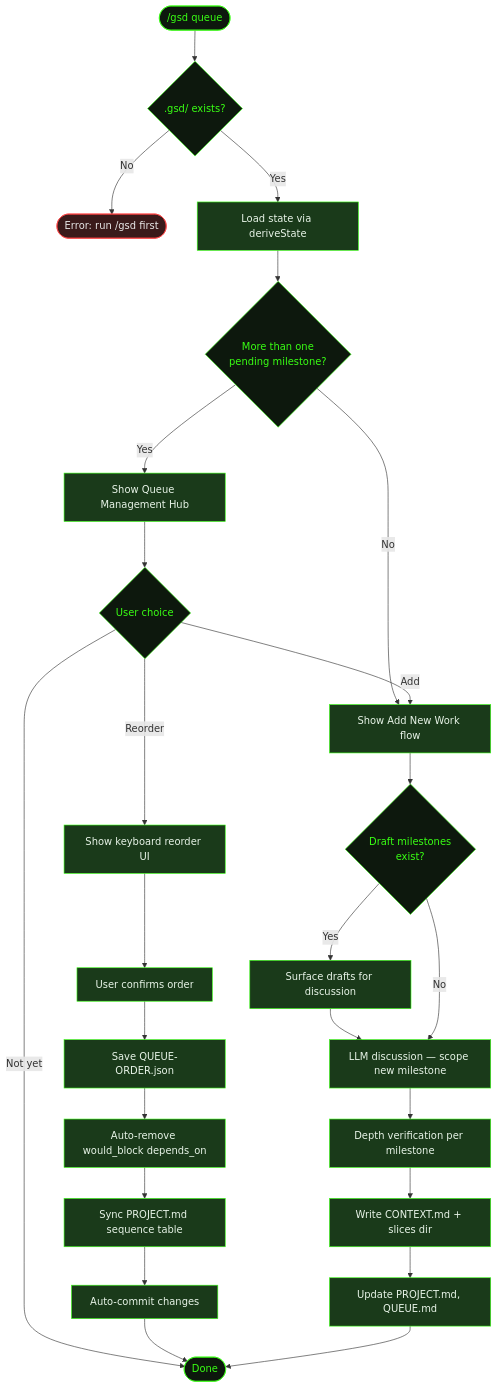
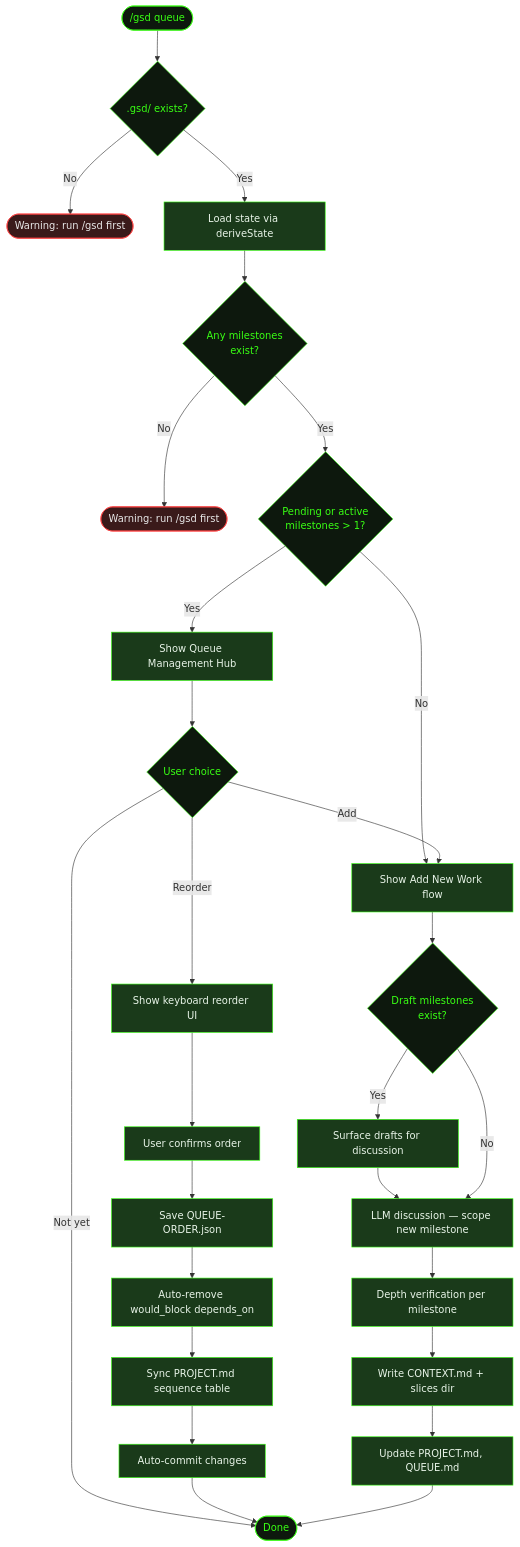
One commit to shusha-group/gsd2-guide changed the diagram in src/content/docs/commands/queue.mdx. Above: the diagram before and after it, drawn with Mermaid. The commit also changed other lines of this file and 33 other files, not shown here.

````diff
--- a/src/content/docs/commands/queue.mdx
+++ b/src/content/docs/commands/queue.mdx
@@ -24,49 +24,53 @@
 ```mermaid
 flowchart TD
     Start(["/gsd queue"]) --> Check{.gsd/ exists?}
-    Check -->|No| Fail([Error: run /gsd first])
+    Check -->|No| Fail([Warning: run /gsd first])
     Check -->|Yes| Load[Load state via deriveState]
-    Load --> Count{More than one\npending milestone?}
+    Load --> Milestones{Any milestones\nexist?}
+    Milestones -->|No| FailM([Warning: run /gsd first])
+    Milestones -->|Yes| Count{Pending or active\nmilestones > 1?}
     Count -->|Yes| Hub[Show Queue Management Hub]
     Count -->|No| Add[Show Add New Work flow]
     Hub --> Choice{User choice}
     Choice -->|Reorder| Reorder[Show keyboard reorder UI]
     Choice -->|Add| Add
     Choice -->|Not yet| Done([Done])
     Reorder --> Confirm[User confirms order]
     Confirm --> Save[Save QUEUE-ORDER.json]
     Save --> Deps[Auto-remove would_block depends_on]
     Deps --> Sync[Sync PROJECT.md sequence table]
     Sync --> Commit[Auto-commit changes]
     Commit --> Done
     Add --> Drafts{Draft milestones\nexist?}
     Drafts -->|Yes| SurfaceDrafts[Surface drafts for discussion]
     SurfaceDrafts --> Discuss
     Drafts -->|No| Discuss[LLM discussion — scope new milestone]
     Discuss --> Verify[Depth verification per milestone]
     Verify --> Write[Write CONTEXT.md + slices dir]
     Write --> UpdateDocs[Update PROJECT.md, QUEUE.md]
     UpdateDocs --> Done
 
     style Start fill:#0d180d,stroke:#39ff14,color:#39ff14
     style Check fill:#0d180d,stroke:#39ff14,color:#39ff14
     style Fail fill:#3a1a1a,stroke:#ff4444,color:#e8e8e8
     style Load fill:#1a3a1a,stroke:#39ff14,color:#e8f4e8
+    style Milestones fill:#0d180d,stroke:#39ff14,color:#39ff14
+    style FailM fill:#3a1a1a,stroke:#ff4444,color:#e8e8e8
     style Count fill:#0d180d,stroke:#39ff14,color:#39ff14
     style Hub fill:#1a3a1a,stroke:#39ff14,color:#e8f4e8
     style Choice fill:#0d180d,stroke:#39ff14,color:#39ff14
     style Reorder fill:#1a3a1a,stroke:#39ff14,color:#e8f4e8
     style Add fill:#1a3a1a,stroke:#39ff14,color:#e8f4e8
     style Confirm fill:#1a3a1a,stroke:#39ff14,color:#e8f4e8
     style Save fill:#1a3a1a,stroke:#39ff14,color:#e8f4e8
     style Deps fill:#1a3a1a,stroke:#39ff14,color:#e8f4e8
     style Sync fill:#1a3a1a,stroke:#39ff14,color:#e8f4e8
     style Commit fill:#1a3a1a,stroke:#39ff14,color:#e8f4e8
     style Drafts fill:#0d180d,stroke:#39ff14,color:#39ff14
     style SurfaceDrafts fill:#1a3a1a,stroke:#39ff14,color:#e8f4e8
     style Discuss fill:#1a3a1a,stroke:#39ff14,color:#e8f4e8
     style Verify fill:#1a3a1a,stroke:#39ff14,color:#e8f4e8
     style Write fill:#1a3a1a,stroke:#39ff14,color:#e8f4e8
     style UpdateDocs fill:#1a3a1a,stroke:#39ff14,color:#e8f4e8
     style Done fill:#0d180d,stroke:#39ff14,color:#39ff14
 ```
````
